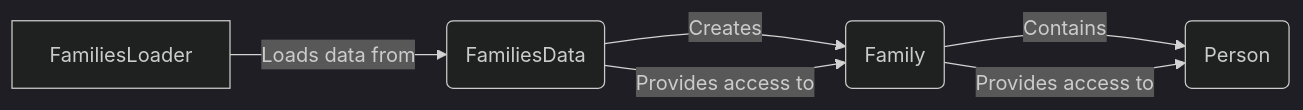
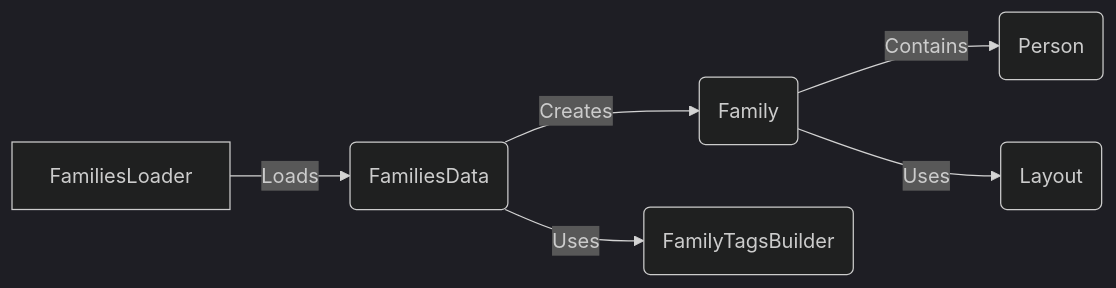
The diagram in gpf/Pedigree Management.md (CodeBoarding/GeneratedOnBoardings), drawn with Mermaid (dark theme) before and after one commit. The commit also changed other lines of this file and 6 other files, not shown here.

````diff
--- a/gpf/Pedigree Management.md
+++ b/gpf/Pedigree Management.md
@@ -7,10 +5,12 @@
 ```mermaid
 graph LR
-    A[FamiliesLoader] -- Loads data from --> B(FamiliesData)
+    A[FamiliesLoader] -- Loads --> B(FamiliesData)
     B -- Creates --> C(Family)
     C -- Contains --> D(Person)
-    B -- Provides access to --> C
-    C -- Provides access to --> D
+    C -- Uses --> E(Layout)
+    B -- Uses --> F(FamilyTagsBuilder)
+
+
 
 
 ```
````
